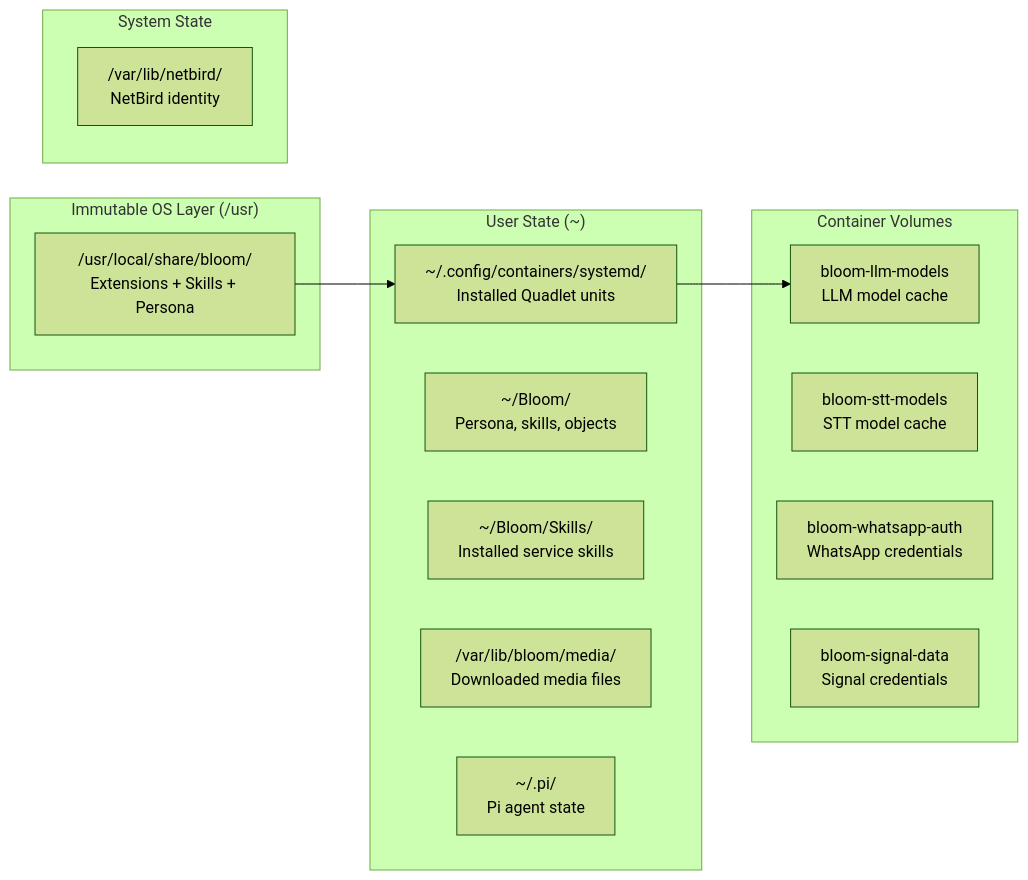
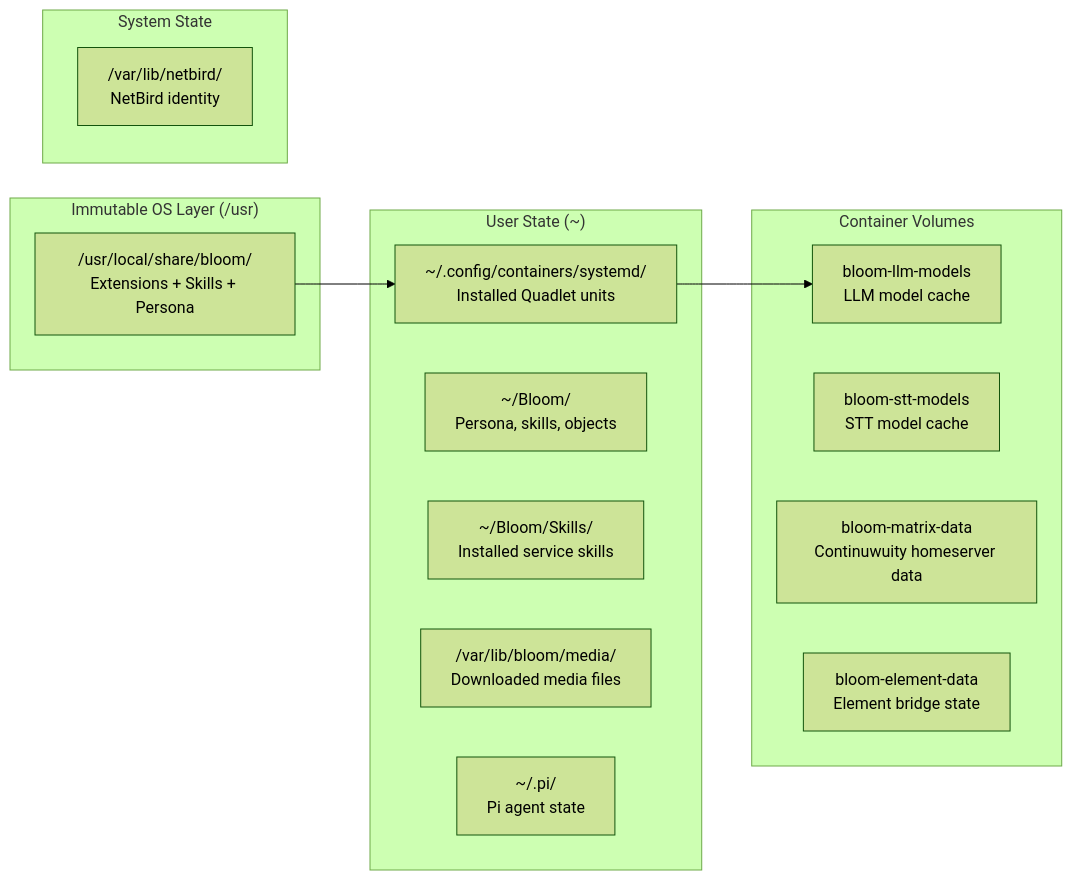
One commit to alexradunet/pibloom changed the fifth of 5 diagrams in docs/service-architecture.md. Above: the diagram before and after it, drawn with Mermaid (forest theme). The commit also changed other lines of this file and 1 other file, not shown here.

First line of the commit message:
docs: update architecture and channel protocol for Matrix

````diff
--- a/docs/service-architecture.md
+++ b/docs/service-architecture.md
@@ -208,28 +206,28 @@
 ```mermaid
 graph LR
     subgraph "Immutable OS Layer (/usr)"
         bloom_pkg["/usr/local/share/bloom/<br/>Extensions + Skills + Persona"]
     end
 
     subgraph "User State (~)"
         config["~/.config/containers/systemd/<br/>Installed Quadlet units"]
         bloom_dir["~/Bloom/<br/>Persona, skills, objects"]
         skills["~/Bloom/Skills/<br/>Installed service skills"]
         media["/var/lib/bloom/media/<br/>Downloaded media files"]
         pi_state["~/.pi/<br/>Pi agent state"]
     end
 
     subgraph "Container Volumes"
         llm_models["bloom-llm-models<br/>LLM model cache"]
         stt_models["bloom-stt-models<br/>STT model cache"]
-        wa_auth["bloom-whatsapp-auth<br/>WhatsApp credentials"]
-        signal_data["bloom-signal-data<br/>Signal credentials"]
+        matrix_data["bloom-matrix-data<br/>Continuwuity homeserver data"]
+        element_data["bloom-element-data<br/>Element bridge state"]
     end
 
     subgraph "System State"
         nb_state["/var/lib/netbird/<br/>NetBird identity"]
     end
 
     bloom_pkg --> config
     config --> llm_models
 ```
````
